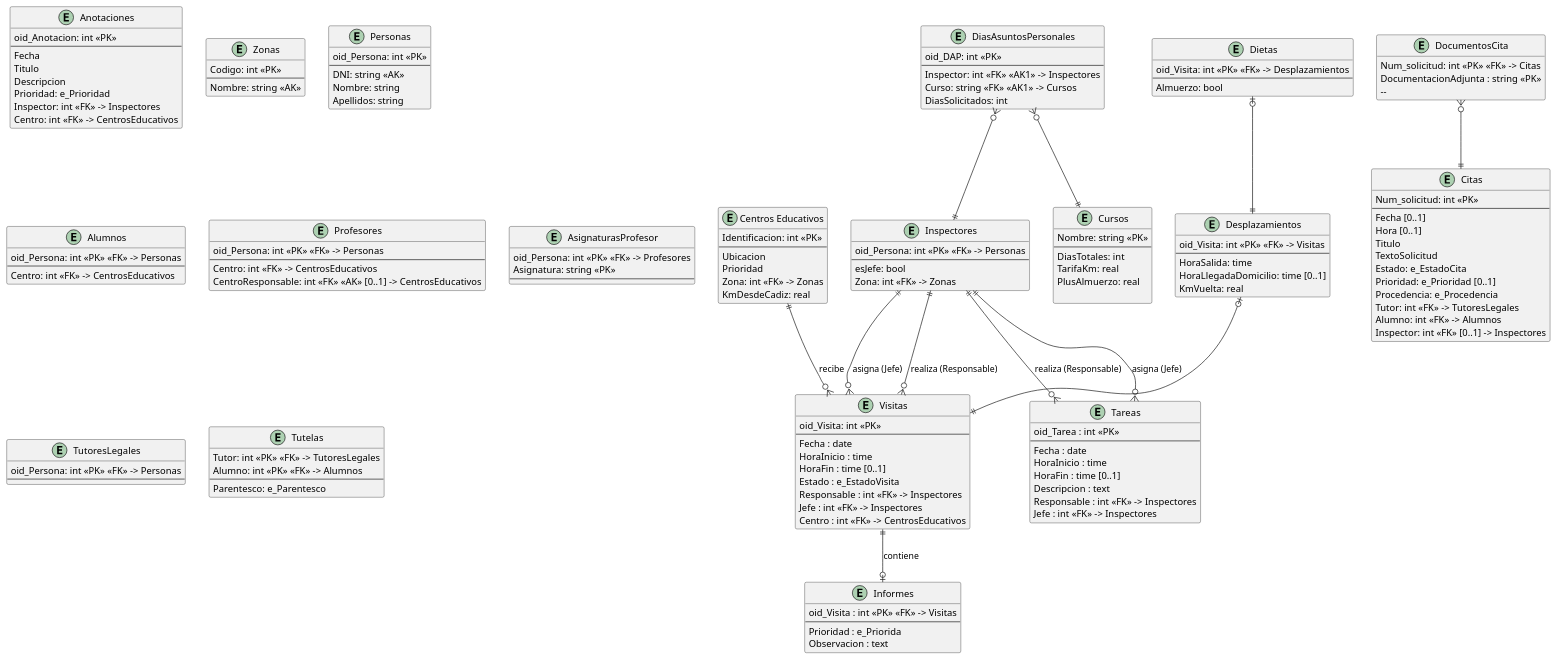
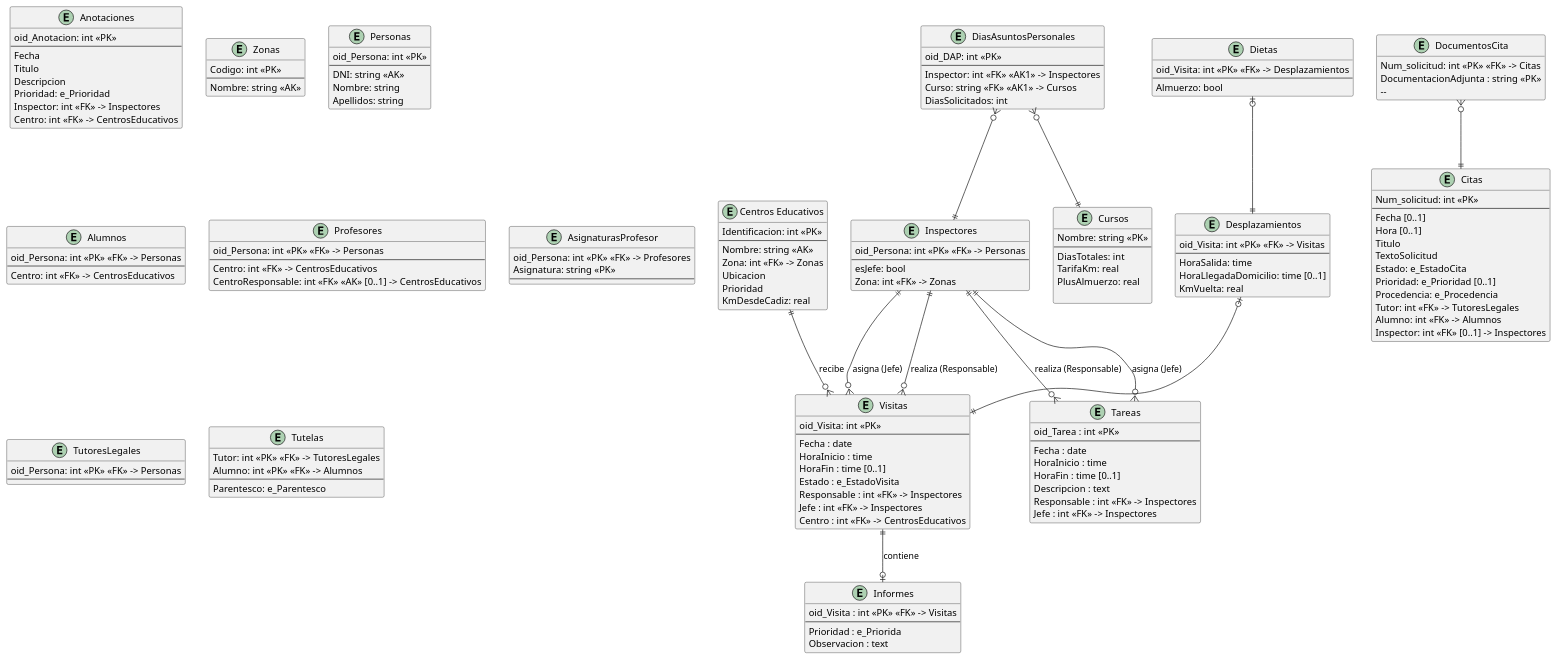
One commit to lorenzomaranon/ProyectoBD_Inspeccion_Educativa changed the diagram in modelado/modelado_relacional.puml. Above: the diagram before and after it, drawn with PlantUML. The commit also changed 1 other file, not shown here.

Commit message:
Añade atributo Nombre a CentroEducativo

```diff
--- a/modelado/modelado_relacional.puml
+++ b/modelado/modelado_relacional.puml
@@ -1,176 +1,177 @@
 @startuml modelado_relacional
 hide methods
 skinparam ClassAttributeIconSize 0
 
 
 entity "Centros Educativos" as CentrosEducativos {
     Identificacion: int <<PK>>
     --
+    Nombre: string <<AK>>
+    Zona: int <<FK>> -> Zonas
     Ubicacion
     Prioridad
-    Zona: int <<FK>> -> Zonas
     KmDesdeCadiz: real
 }
 
 entity DocumentosCita {
     Num_solicitud: int <<PK>> <<FK>> -> Citas
     DocumentacionAdjunta : string <<PK>>
     --   
 }
 
 entity Citas {
     Num_solicitud: int <<PK>> 
     --
     Fecha [0..1]
     Hora [0..1]
     Titulo
     TextoSolicitud
     Estado: e_EstadoCita
     Prioridad: e_Prioridad [0..1]
     Procedencia: e_Procedencia
     Tutor: int <<FK>> -> TutoresLegales
     Alumno: int <<FK>> -> Alumnos
     Inspector: int <<FK>> [0..1] -> Inspectores
 }
 
 entity Anotaciones {
     oid_Anotacion: int <<PK>>
     --
     Fecha
     Titulo
     Descripcion
     Prioridad: e_Prioridad
     Inspector: int <<FK>> -> Inspectores
     Centro: int <<FK>> -> CentrosEducativos
 }
 
 entity Visitas {
     oid_Visita: int <<PK>>
     --
     Fecha : date
     HoraInicio : time
     HoraFin : time [0..1]
     Estado : e_EstadoVisita
     Responsable : int <<FK>> -> Inspectores
     Jefe : int <<FK>> -> Inspectores
     Centro : int <<FK>> -> CentrosEducativos
 }
 
 entity Informes {
     oid_Visita : int <<PK>> <<FK>> -> Visitas
     --
     Prioridad : e_Priorida
     Observacion : text
 }
 
 entity Tareas {
     oid_Tarea : int <<PK>>
     --
     Fecha : date
     HoraInicio : time
     HoraFin : time [0..1]
     Descripcion : text
     Responsable : int <<FK>> -> Inspectores
     Jefe : int <<FK>> -> Inspectores
 }
 
 entity Zonas {
     Codigo: int <<PK>>
     --
     Nombre: string <<AK>>
 }
 
 entity Personas {
     oid_Persona: int <<PK>>
     --
     DNI: string <<AK>>
     Nombre: string
     Apellidos: string
 }
 
 entity Inspectores {
     oid_Persona: int <<PK>> <<FK>> -> Personas
     --
     esJefe: bool
     Zona: int <<FK>> -> Zonas
 }
 
 entity Alumnos {
     oid_Persona: int <<PK>> <<FK>> -> Personas
     --
     Centro: int <<FK>> -> CentrosEducativos
 }
 
 entity Profesores {
     oid_Persona: int <<PK>> <<FK>> -> Personas
     --
     Centro: int <<FK>> -> CentrosEducativos
     CentroResponsable: int <<FK>> <<AK>> [0..1] -> CentrosEducativos
 }
 
 entity AsignaturasProfesor {
     oid_Persona: int <<PK>> <<FK>> -> Profesores
     Asignatura: string <<PK>>
     --
 }
 
 entity TutoresLegales {
     oid_Persona: int <<PK>> <<FK>> -> Personas
     --
 }
 
 entity Tutelas {
     Tutor: int <<PK>> <<FK>> -> TutoresLegales
     Alumno: int <<PK>> <<FK>> -> Alumnos
     --
     Parentesco: e_Parentesco
 }
 
 Inspectores ||--o{ Visitas : realiza (Responsable)
 Inspectores ||--o{ Visitas : asigna (Jefe)
 Inspectores ||--o{ Tareas : realiza (Responsable)
 Inspectores ||--o{ Tareas : asigna (Jefe)
 CentrosEducativos ||--o{ Visitas : recibe
 Visitas ||--o| Informes : contiene
 
 entity Desplazamientos {
     oid_Visita: int <<PK>> <<FK>> -> Visitas
     --
     HoraSalida: time
     HoraLlegadaDomicilio: time [0..1]
     KmVuelta: real
 }
 
 entity Dietas {
     oid_Visita: int <<PK>> <<FK>> -> Desplazamientos
     --
     Almuerzo: bool
 }
 
 Desplazamientos |o--||Visitas
 Dietas |o--||Desplazamientos
 
 entity DiasAsuntosPersonales {
     oid_DAP: int <<PK>>
     --
     Inspector: int <<FK>> <<AK1>> -> Inspectores
     Curso: string <<FK>> <<AK1>> -> Cursos
     DiasSolicitados: int
 }
 
 entity Cursos {
     Nombre: string <<PK>>
     --
     DiasTotales: int
     TarifaKm: real
     PlusAlmuerzo: real
 
 }
 
 DiasAsuntosPersonales }o--||Cursos
 DiasAsuntosPersonales }o--||Inspectores
 
 '------- ASOCIACIONES --------------------------------------
 DocumentosCita }o--|| Citas
 
 @enduml
```
